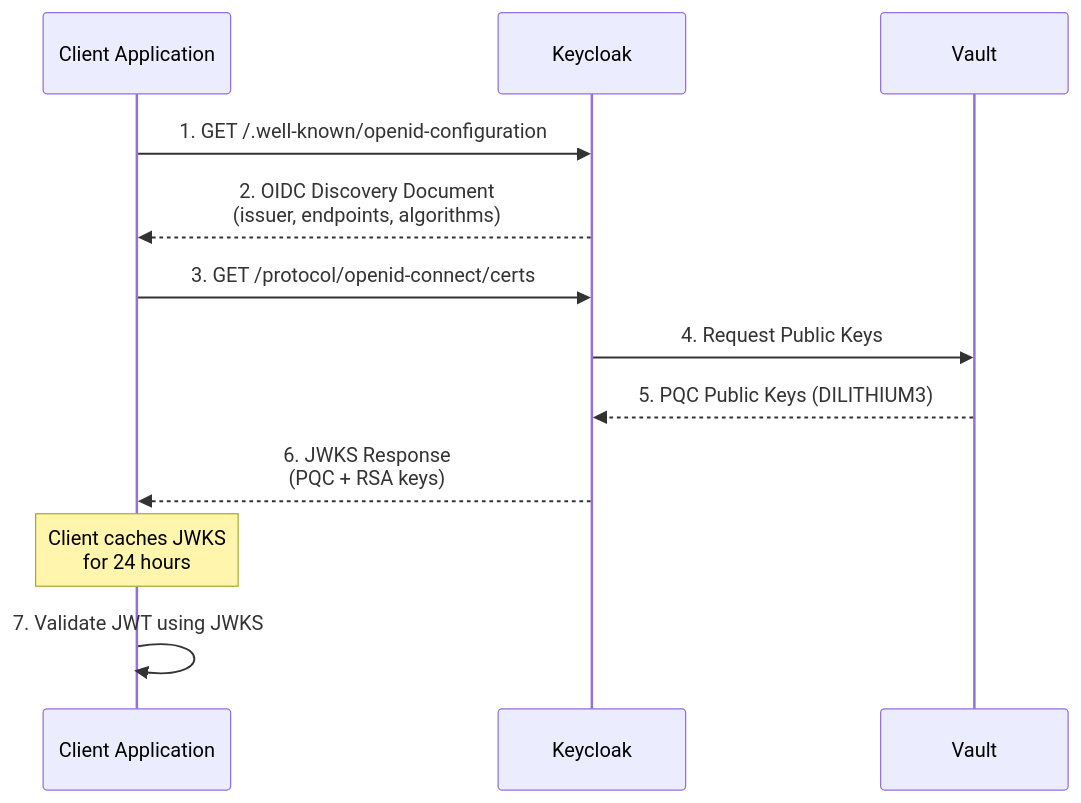
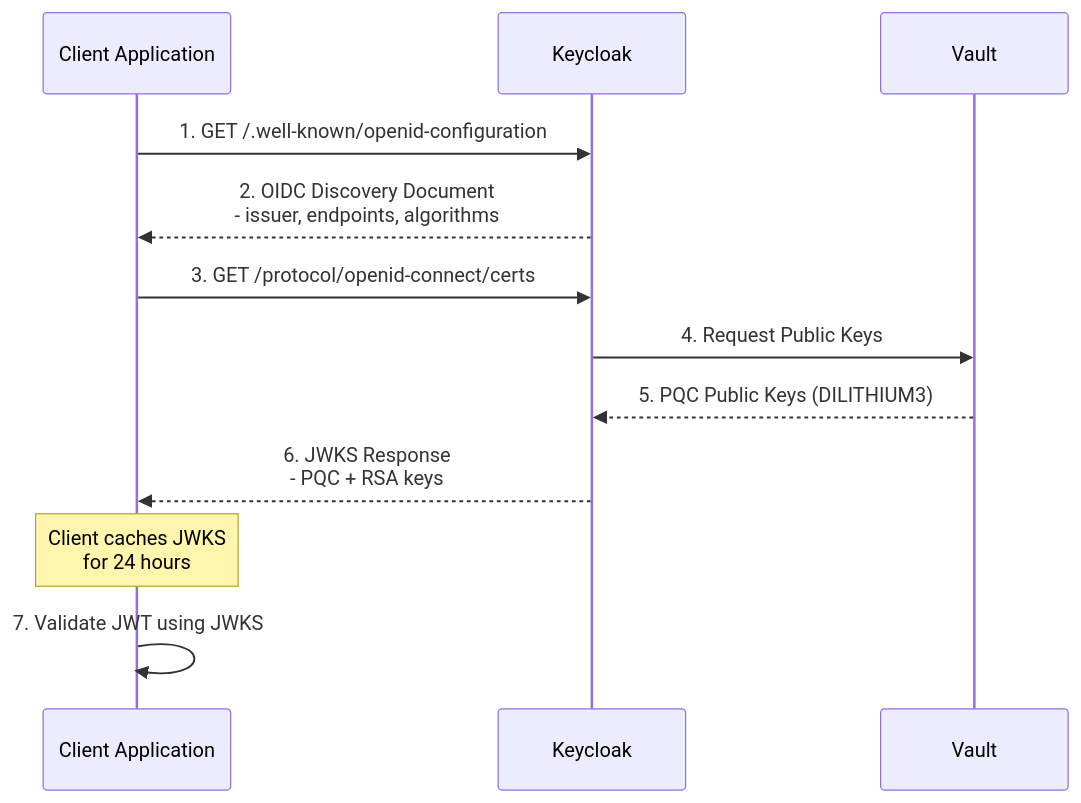
One commit to infeelchoi/q-docs changed the third of 16 diagrams in 01-architecture/DATA-FLOW.md. Above: the diagram before and after it, drawn with Mermaid. The commit also changed other lines of this file, not shown here.

First line of the commit message:
🔧 DATA-FLOW.md 전체 Mermaid 괄호 패턴 일괄 수정

````diff
--- a/01-architecture/DATA-FLOW.md
+++ b/01-architecture/DATA-FLOW.md
@@ -111,18 +111,18 @@
 ```mermaid
 sequenceDiagram
     participant C as Client Application
     participant KC as Keycloak
     participant V as Vault
 
     C->>KC: 1. GET /.well-known/openid-configuration
-    KC-->>C: 2. OIDC Discovery Document<br/>(issuer, endpoints, algorithms)
+    KC-->>C: 2. OIDC Discovery Document<br/>- issuer, endpoints, algorithms
 
     C->>KC: 3. GET /protocol/openid-connect/certs
     KC->>V: 4. Request Public Keys
     V-->>KC: 5. PQC Public Keys (DILITHIUM3)
-    KC-->>C: 6. JWKS Response<br/>(PQC + RSA keys)
+    KC-->>C: 6. JWKS Response<br/>- PQC + RSA keys
 
     Note over C: Client caches JWKS<br/>for 24 hours
 
     C->>C: 7. Validate JWT using JWKS
 ```
````
